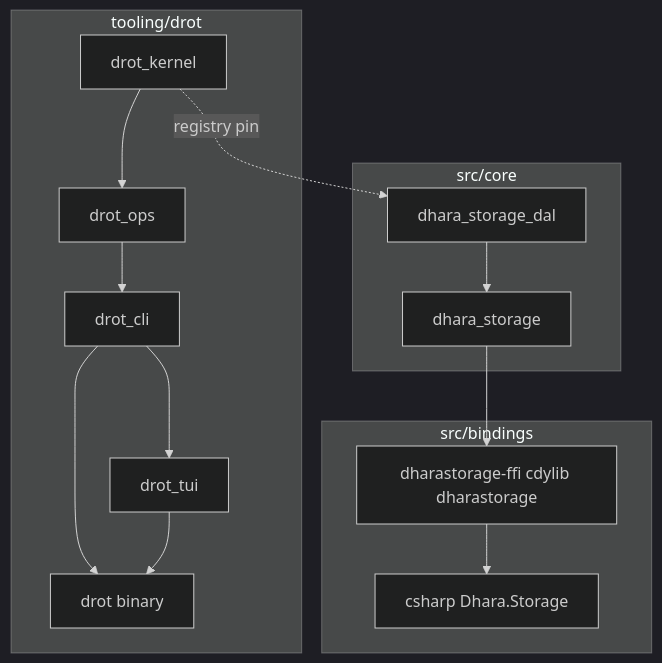
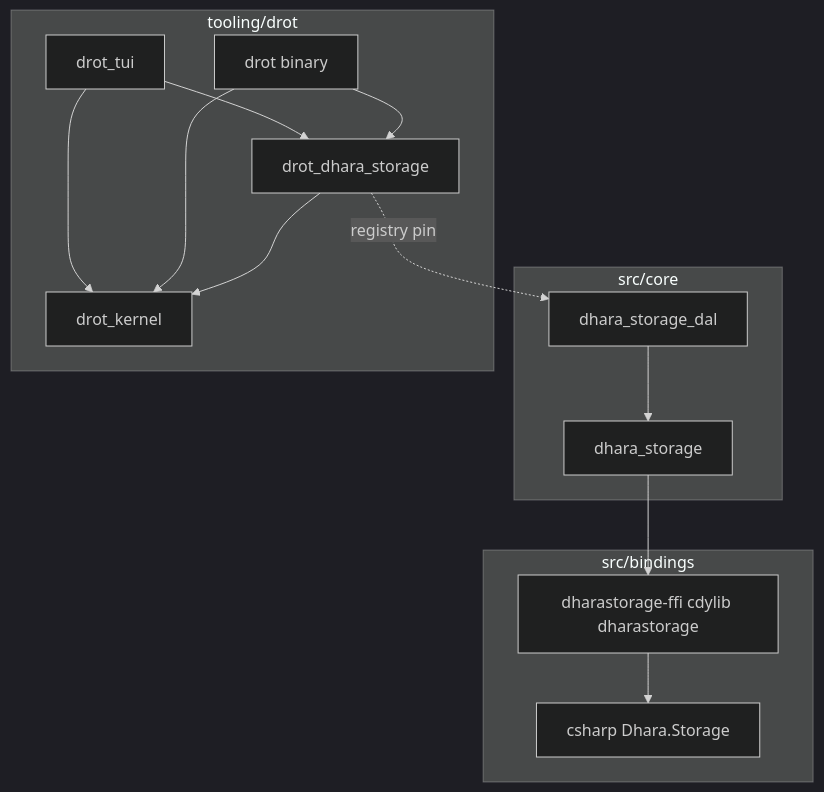
One commit to D-Naveenz/dhara_storage changed the first of 2 diagrams in docs/architecture.md. Above: the diagram before and after it, drawn with Mermaid (dark theme). The commit also changed other lines of this file and 6 other files, not shown here.

First line of the commit message:
🏗️ Restructure DROT into kernel, plugin, and host crates

````diff
--- a/docs/architecture.md
+++ b/docs/architecture.md
@@ -7,30 +7,29 @@
 ```mermaid
 flowchart TB
   subgraph core [src/core]
     dal[dhara_storage_dal]
     runtime[dhara_storage]
   end
 
   subgraph bindings [src/bindings]
     ffi[dharastorage-ffi cdylib dharastorage]
     csharp[csharp Dhara.Storage]
   end
 
   subgraph tool [tooling/drot]
     kernel[drot_kernel]
-    ops[drot_ops]
-    cli[drot_cli]
+    plugin[drot_dhara_storage]
     tui[drot_tui]
     bin[drot binary]
   end
 
   dal --> runtime
   runtime --> ffi
   ffi --> csharp
-  kernel --> ops
-  ops --> cli
-  cli --> tui
-  cli --> bin
-  tui --> bin
-  kernel -.->|registry pin| dal
+  plugin --> kernel
+  bin --> kernel
+  bin --> plugin
+  tui --> kernel
+  tui --> plugin
+  plugin -.->|registry pin| dal
 ```
````
